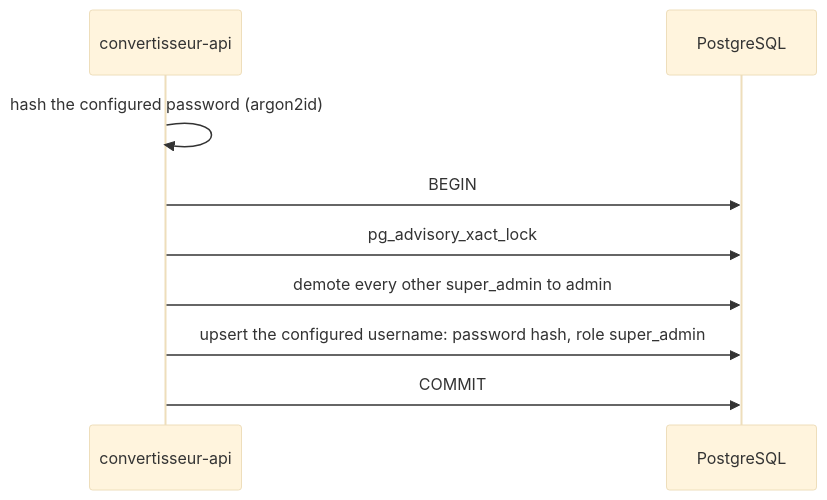
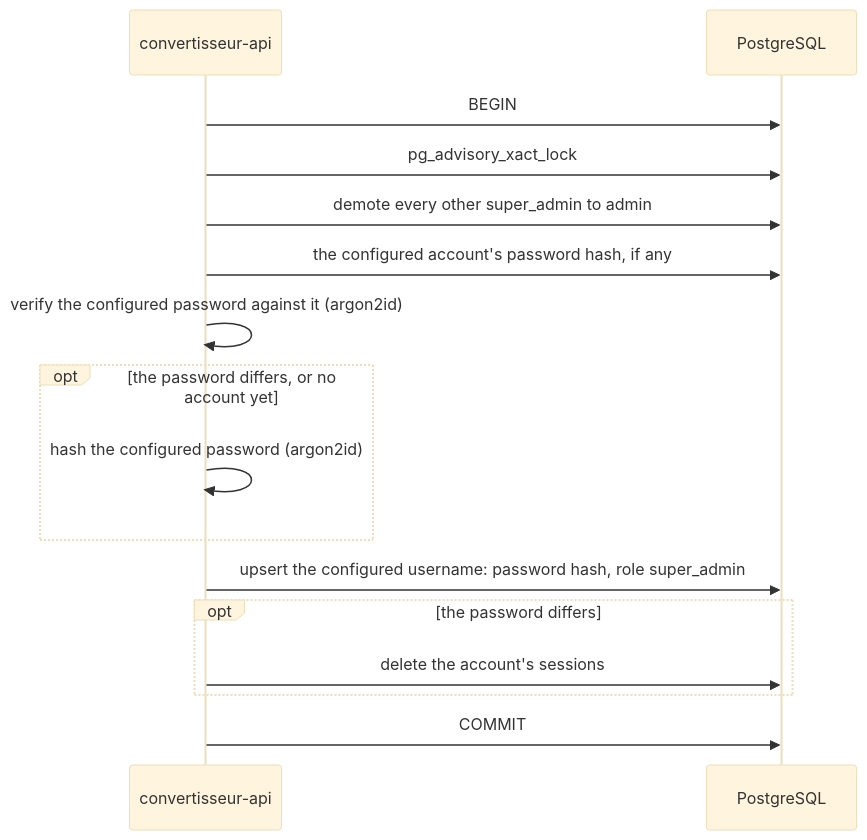
Before and after one commit to therealm-tech/convertisseur: the third of 3 diagrams in ARCHITECTURE.md, drawn with Mermaid (base theme). The commit also changed other lines of this file and 50 other files, not shown here.

````diff
--- a/ARCHITECTURE.md
+++ b/ARCHITECTURE.md
@@ -87,11 +145,18 @@
 ```mermaid
 sequenceDiagram
     participant S as convertisseur-api
     participant P as PostgreSQL
-    S->>S: hash the configured password (argon2id)
     S->>P: BEGIN
     S->>P: pg_advisory_xact_lock
     S->>P: demote every other super_admin to admin
+    S->>P: the configured account's password hash, if any
+    S->>S: verify the configured password against it (argon2id)
+    opt the password differs, or no account yet
+        S->>S: hash the configured password (argon2id)
+    end
     S->>P: upsert the configured username: password hash, role super_admin
+    opt the password differs
+        S->>P: delete the account's sessions
+    end
     S->>P: COMMIT
 ```
````
